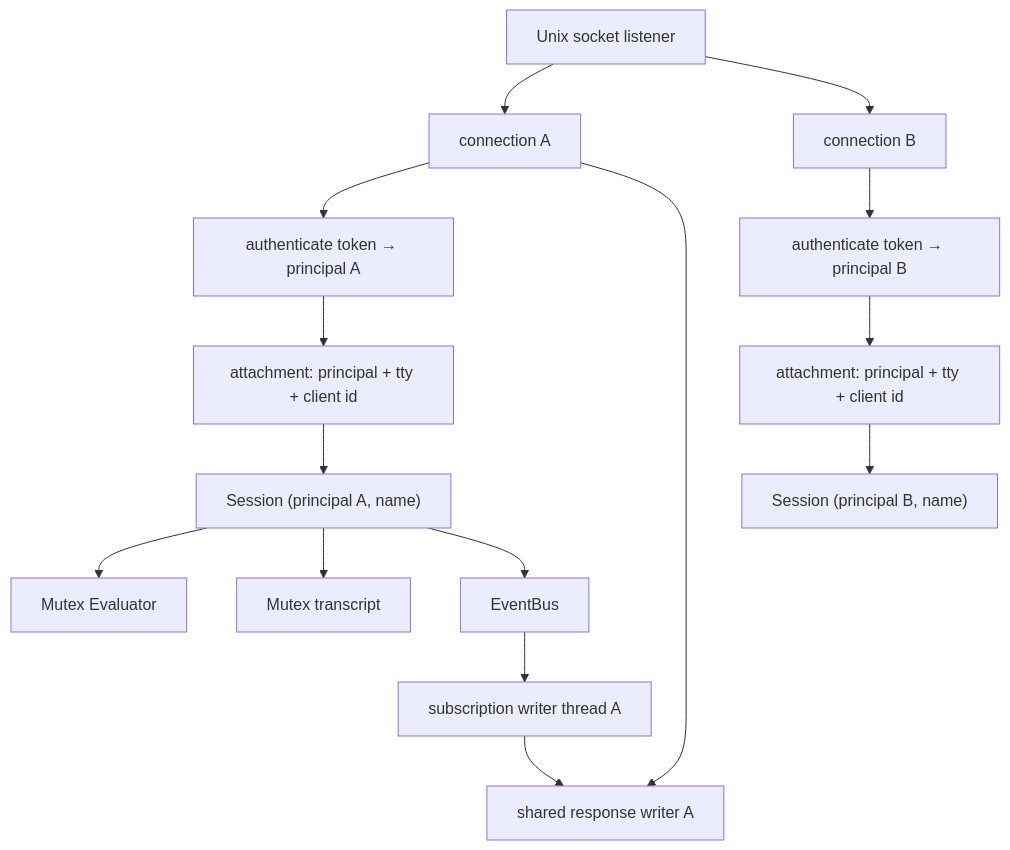
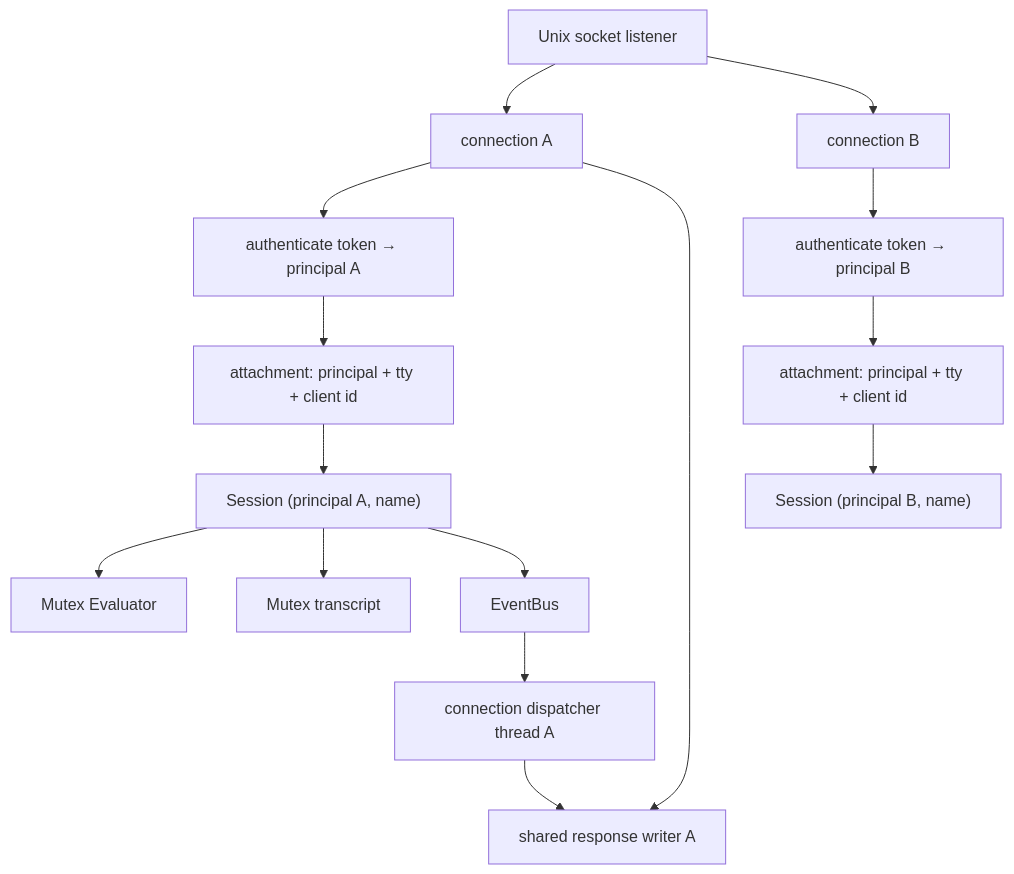
The first of 5 diagrams in site/content/internals/kernel-protocol.md (alliecatowo/shoal), drawn with Mermaid before and after one commit. The commit also changed 15 other files, not shown here.

````diff
--- a/site/content/internals/kernel-protocol.md
+++ b/site/content/internals/kernel-protocol.md
@@ -26,19 +26,19 @@
 ```mermaid
 flowchart TB
 accTitle: Connection, authentication, attachment, and session topology
 accDescr: Each socket connection authenticates a principal, attaches to that principal's private named session, and uses a dedicated writer path for responses and subscriptions.
   Listener["Unix socket listener"] --> ConnA["connection A"]
   Listener --> ConnB["connection B"]
   ConnA --> AuthA["authenticate token → principal A"]
   ConnB --> AuthB["authenticate token → principal B"]
   AuthA --> AttachA["attachment: principal + tty + client id"]
   AuthB --> AttachB["attachment: principal + tty + client id"]
   AttachA --> SessionA["Session (principal A, name)"]
   AttachB --> SessionB["Session (principal B, name)"]
   SessionA --> Eval["Mutex Evaluator"]
   SessionA --> Transcript["Mutex transcript"]
   SessionA --> Bus["EventBus"]
   ConnA --> WriterA["shared response writer A"]
-  Bus --> SubA["subscription writer thread A"]
+  Bus --> SubA["connection dispatcher thread A"]
   SubA --> WriterA
 ```
````
